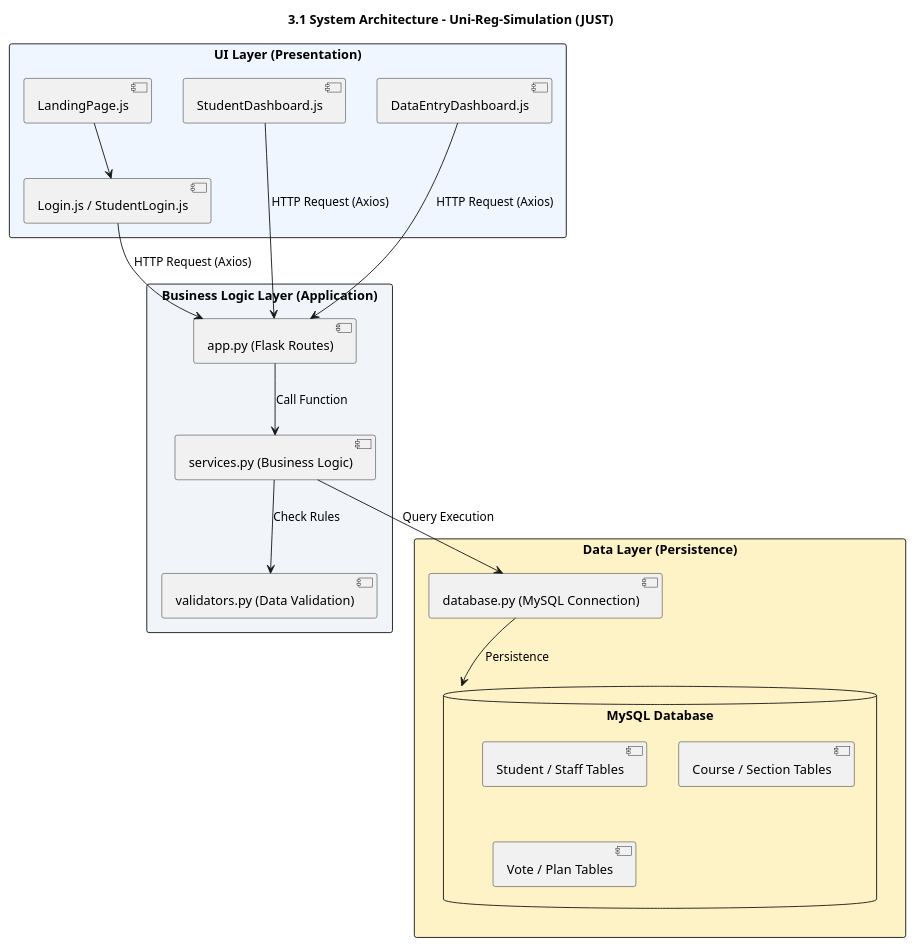
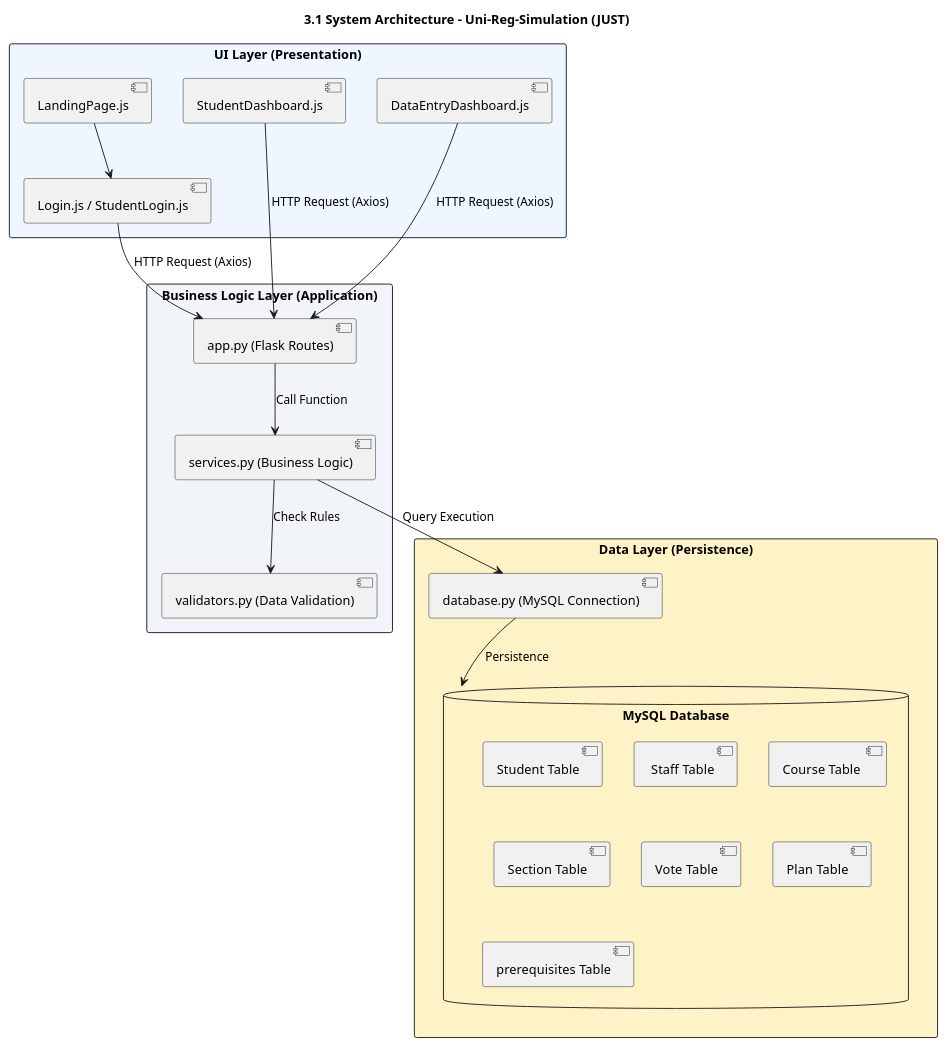
One commit to AhmadHazaymeh/uni-reg-simulation changed the diagram in docs/Architecture.puml. Above: the diagram before and after it, drawn with PlantUML.

```diff
--- a/docs/Architecture.puml
+++ b/docs/Architecture.puml
@@ -1,39 +1,43 @@
 @startuml SystemArchitecture!theme plain
 skinparam shadowing false
 skinparam packageStyle rectangle
 
 title "3.1 System Architecture - Uni-Reg-Simulation (JUST)"
 
 package "UI Layer (Presentation)" #EFF6FF {
     [LandingPage.js] as LP
     [Login.js / StudentLogin.js] as Login
     [StudentDashboard.js] as SD
     [DataEntryDashboard.js] as DD
 }
 
 package "Business Logic Layer (Application)" #F1F5F9 {
     [app.py (Flask Routes)] as App
     [services.py (Business Logic)] as Services
     [validators.py (Data Validation)] as Validators
 }
 
 package "Data Layer (Persistence)" #FEF3C7 {
     [database.py (MySQL Connection)] as DB_Conn
     database "MySQL Database" {
-        [Student / Staff Tables]
-        [Course / Section Tables]
-        [Vote / Plan Tables]
+        [Student Table]
+        [ Staff Table]
+        [Course Table ]
+        [Section Table]
+        [Vote Table] 
+         [Plan Table]
+         [prerequisites Table]
     }
 }
 
 LP --> Login
 Login --> App : HTTP Request (Axios)
 SD --> App : HTTP Request (Axios)
 DD --> App : HTTP Request (Axios)
 
 App --> Services : Call Function
 Services --> Validators : Check Rules
 Services --> DB_Conn : Query Execution
 DB_Conn --> [MySQL Database] : Persistence
 
 @endum
```
